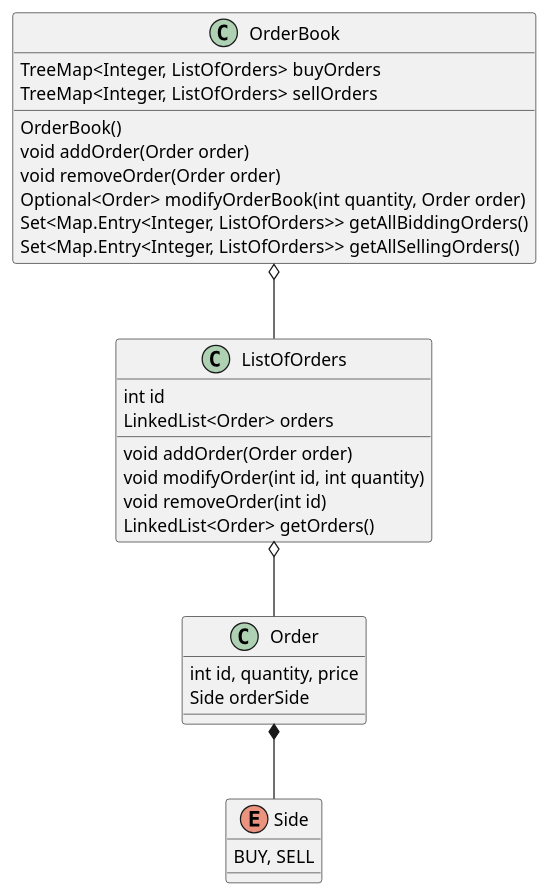
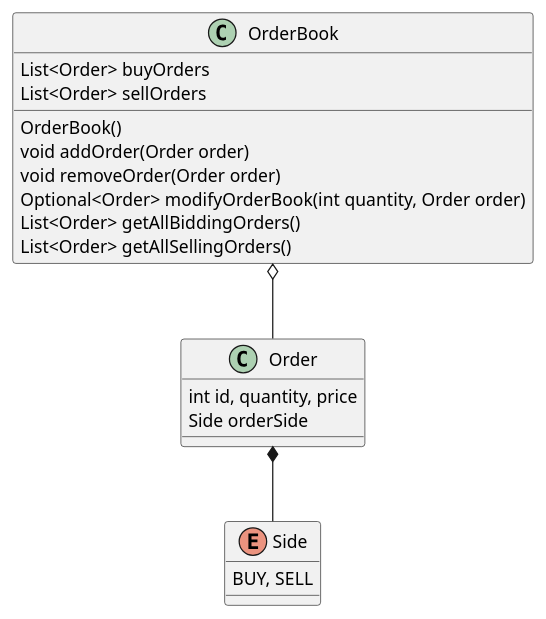
The diagram in class_diagram.puml (terrayuku/limitorderbook), drawn with PlantUML before and after one commit. The commit also changed 13 other files, not shown here.

```diff
--- a/class_diagram.puml
+++ b/class_diagram.puml
@@ -1,38 +1,27 @@
 @startuml
 
 class OrderBook {
- TreeMap<Integer, ListOfOrders> buyOrders
- TreeMap<Integer, ListOfOrders> sellOrders
+ List<Order> buyOrders
+ List<Order> sellOrders
 
  OrderBook()
  void addOrder(Order order)
  void removeOrder(Order order)
  Optional<Order> modifyOrderBook(int quantity, Order order)
- Set<Map.Entry<Integer, ListOfOrders>> getAllBiddingOrders()
- Set<Map.Entry<Integer, ListOfOrders>> getAllSellingOrders()
-}
-
-class ListOfOrders {
-    int id
-    LinkedList<Order> orders
-
-    void addOrder(Order order)
-    void modifyOrder(int id, int quantity)
-    void removeOrder(int id)
-    LinkedList<Order> getOrders()
+ List<Order> getAllBiddingOrders()
+ List<Order> getAllSellingOrders()
 }
 
 class Order {
     int id, quantity, price
     Side orderSide
 }
 
 enum Side {
     BUY, SELL
 }
 
-OrderBook o-- ListOfOrders
-ListOfOrders o-- Order
+OrderBook o--  Order
 Order *-- Side
 
 @enduml
```
